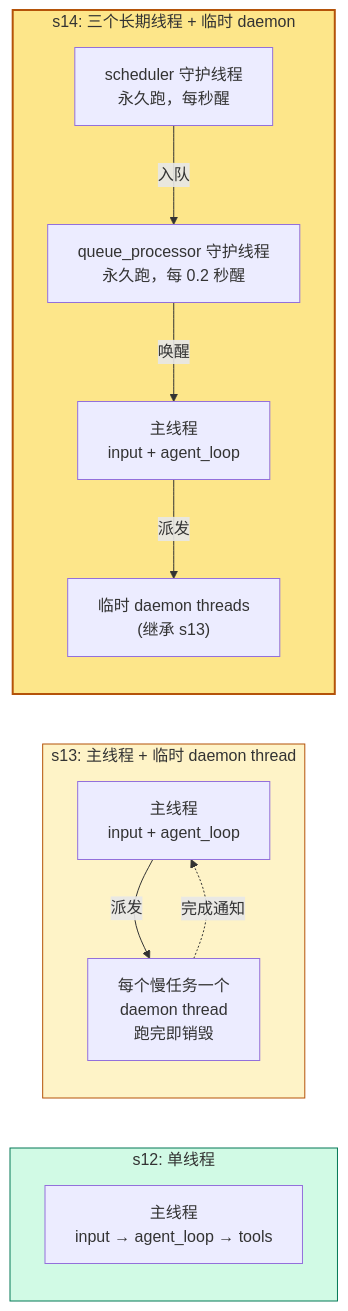
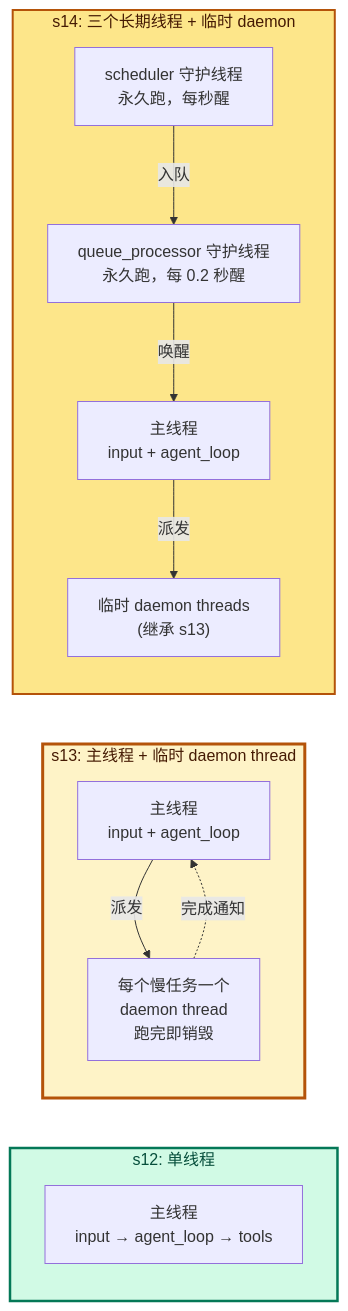
Before and after one commit to PyrePuin/From-Zero-LLM-Agent-Infra-Notes: the third of 3 diagrams in Agent/Harness/Claude Code/Phase 4 - 长时间任务/00 - 综合总结.md, drawn with Mermaid. The commit also changed other lines of this file and 23 other files, not shown here.

First line of the commit message:
refactor(mermaid): 统一所有图的视觉规范

````diff
--- a/Agent/Harness/Claude Code/Phase 4 - 长时间任务/00 - 综合总结.md
+++ b/Agent/Harness/Claude Code/Phase 4 - 长时间任务/00 - 综合总结.md
@@ -191,25 +193,26 @@
 ```mermaid
+%%{init: {'themeVariables': {'fontSize': '16px', 'fontFamily': 'ui-sans-serif, system-ui, -apple-system, "Segoe UI", Roboto, sans-serif'}}}%%
 flowchart LR
     subgraph S12T["s12: 单线程"]
         T1["主线程<br/>input → agent_loop → tools"]
     end
     subgraph S13T["s13: 主线程 + 临时 daemon thread"]
         M2["主线程<br/>input + agent_loop"]
         B2["每个慢任务一个<br/>daemon thread<br/>跑完即销毁"]
         M2 -->|"派发"| B2
         B2 -.->|"完成通知"| M2
     end
     subgraph S14T["s14: 三个长期线程 + 临时 daemon"]
         M3["主线程<br/>input + agent_loop"]
         S3["scheduler 守护线程<br/>永久跑，每秒醒"]
         Q3["queue_processor 守护线程<br/>永久跑，每 0.2 秒醒"]
         B3["临时 daemon threads<br/>(继承 s13)"]
         S3 -->|"入队"| Q3
         Q3 -->|"唤醒"| M3
         M3 -->|"派发"| B3
     end
 
-    style S12T fill:#d1fae5,stroke:#047857
-    style S13T fill:#fef3c7,stroke:#b45309
-    style S14T fill:#fde68a,stroke:#b45309,stroke-width:2px
+    style S12T fill:#d1fae5,stroke:#047857,stroke-width:2.5px,color:#064e3b
+    style S13T fill:#fef3c7,stroke:#b45309,stroke-width:3px,color:#451a03
+    style S14T fill:#fde68a,stroke:#b45309,stroke-width:2px,color:#451a03
 ```
````
